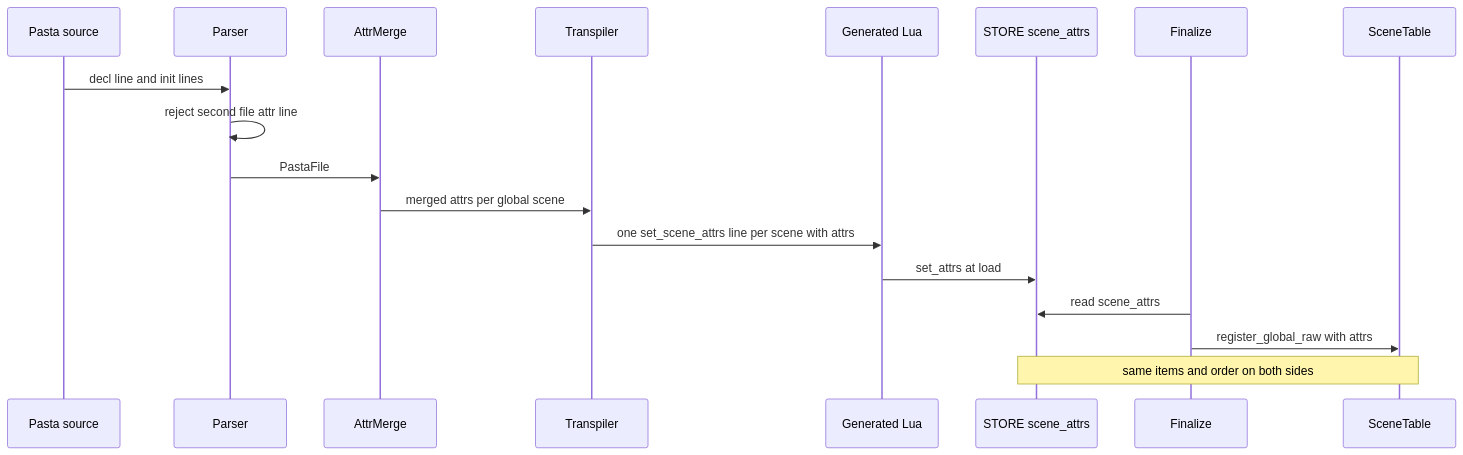
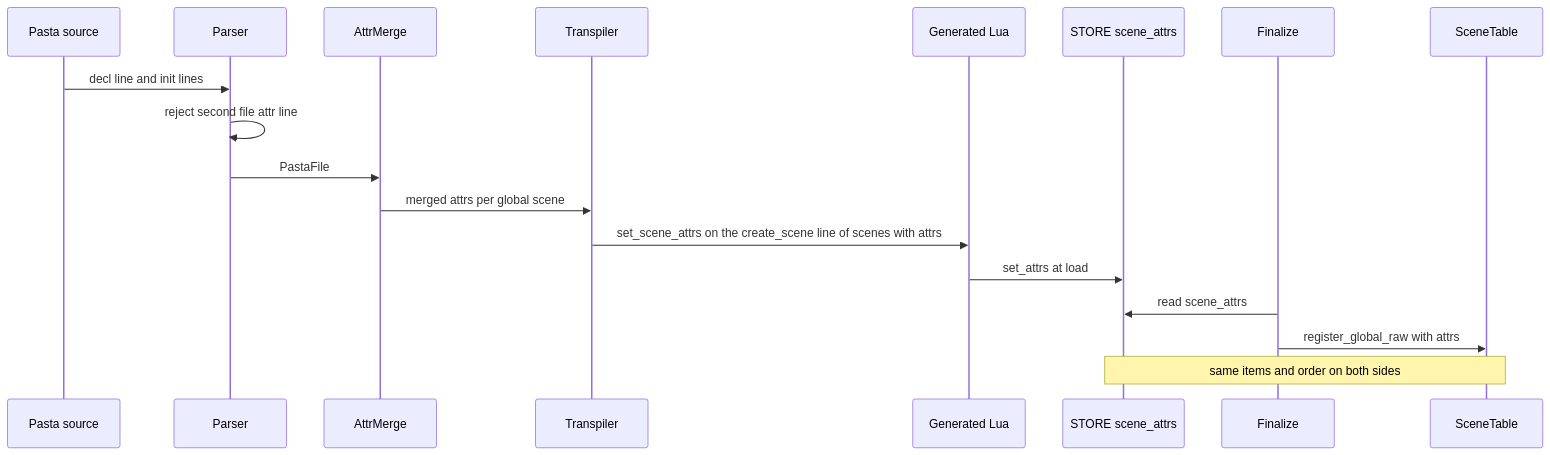
Before and after one commit to ekicyou/pasta: the second of 3 diagrams in .kiro/specs/scene-attribute-store/design.md, drawn with Mermaid. The commit also changed other lines of this file and 4 other files, not shown here.

````diff
--- a/.kiro/specs/scene-attribute-store/design.md
+++ b/.kiro/specs/scene-attribute-store/design.md
@@ -197,20 +197,20 @@
 ```mermaid
 sequenceDiagram
     participant Src as Pasta source
     participant P as Parser
     participant M as AttrMerge
     participant T as Transpiler
     participant L as Generated Lua
     participant S as STORE scene_attrs
     participant F as Finalize
     participant R as SceneTable
     Src->>P: decl line and init lines
     P->>P: reject second file attr line
     P->>M: PastaFile
     M->>T: merged attrs per global scene
-    T->>L: one set_scene_attrs line per scene with attrs
+    T->>L: set_scene_attrs on the create_scene line of scenes with attrs
     L->>S: set_attrs at load
     F->>S: read scene_attrs
     F->>R: register_global_raw with attrs
     Note over S,R: same items and order on both sides
 ```
````
